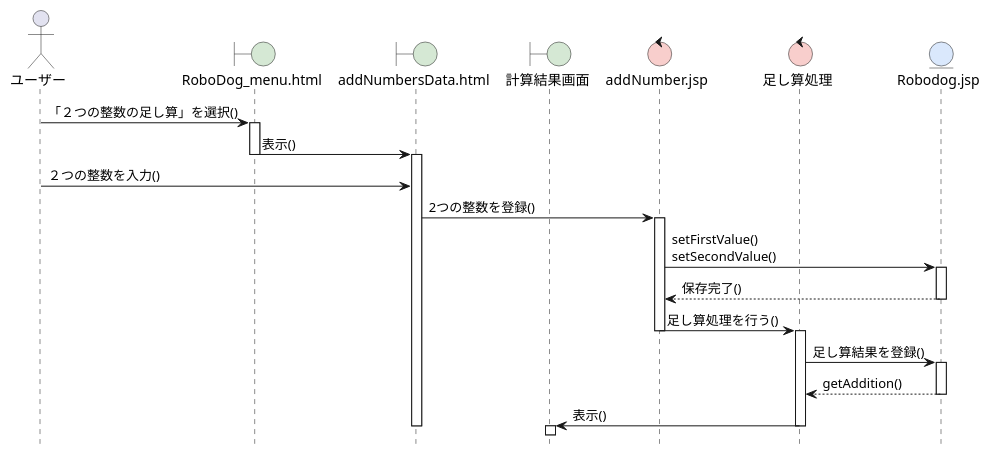
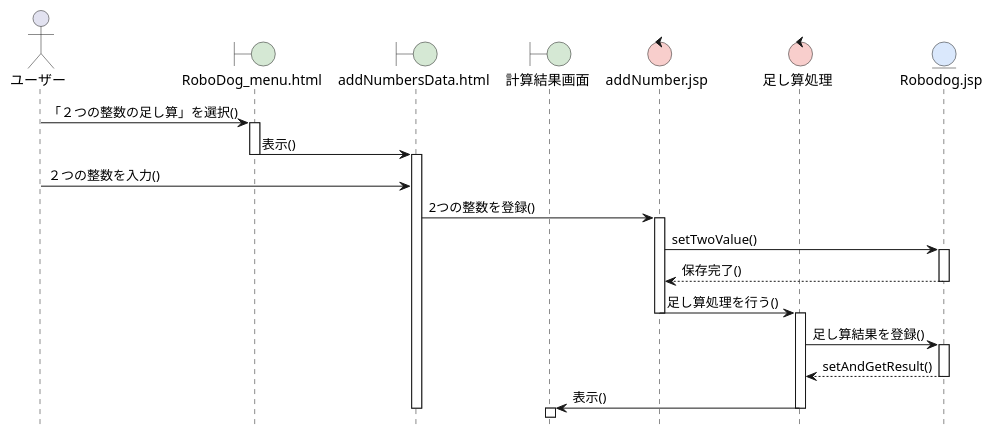
One commit to MatsuR1ku/ohara_UML changed the diagram in 06_robo_dog/06_robo_dog/sequence_03_addition.pu. Above: the diagram before and after it, drawn with PlantUML. The commit also changed 1 other file, not shown here.

```diff
--- a/06_robo_dog/06_robo_dog/sequence_03_addition.pu
+++ b/06_robo_dog/06_robo_dog/sequence_03_addition.pu
@@ -1,44 +1,44 @@
 @startuml RoboDog-２つの整数の足し算シーケンス図
 hide footbox
 skinparam boundaryBackgroundColor #D5E8D4
 skinparam controlBackgroundColor  #F8CECC
 skinparam entityBackgroundColor   #DAE8FC
 
 actor ユーザー as A
 boundary "RoboDog_menu.html" as B1
 boundary "addNumbersData.html" as B2
 boundary 計算結果画面 as B3
 control "addNumber.jsp" as C1
 control 足し算処理 as C2
 entity "Robodog.jsp" as E
 
 A -> B1: 「２つの整数の足し算」を選択()
 activate B1
 
 B1 -> B2: 表示()
 deactivate B1
 activate B2
 
 A -> B2: ２つの整数を入力()
 
 B2 -> C1:2つの整数を登録()
 activate C1
-C1 -> E:  setFirstValue()\nsetSecondValue()
+C1 -> E:  setTwoValue()
 activate E
 E --> C1: 保存完了()
 deactivate E
 
 C1 -> C2: 足し算処理を行う()
 deactivate C1
 activate C2
 C2 -> E: 足し算結果を登録()
 activate E
-E --> C2:getAddition()
+E --> C2:setAndGetResult()
 deactivate E
 
 C2 -> B3: 表示()
 deactivate C2
 deactivate B2
 activate B3
 
 @enduml
```
